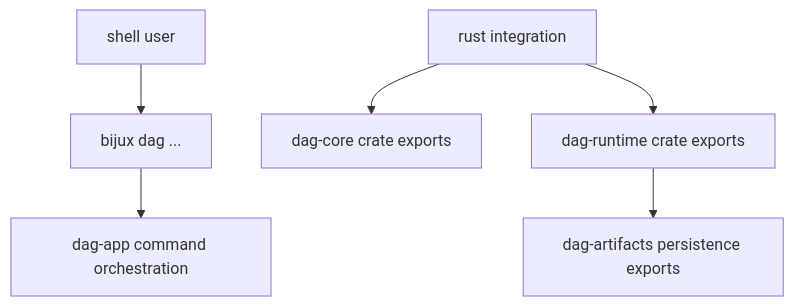
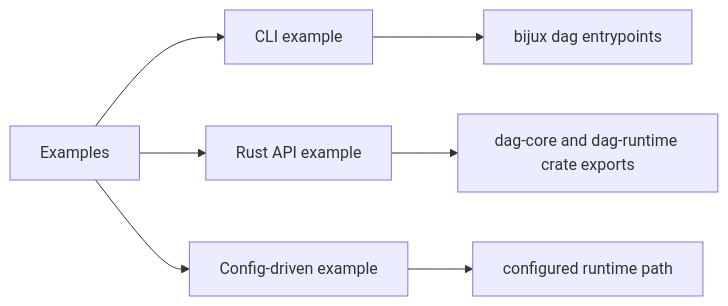
The diagram in docs/bijux-dag/interfaces/entrypoints-and-examples.md (bijux/bijux-cli), drawn with Mermaid before and after one commit.

Commit message:
docs(bijux-dag): remap examples to concrete interface entrypoints

````diff
--- a/docs/bijux-dag/interfaces/entrypoints-and-examples.md
+++ b/docs/bijux-dag/interfaces/entrypoints-and-examples.md
@@ -16,8 +16,10 @@
 ```mermaid
-flowchart TD
-    shell["shell user"] --> cli["bijux dag ..."]
-    cli --> app["dag-app command orchestration"]
-    rust["rust integration"] --> core["dag-core crate exports"]
-    rust --> runtime["dag-runtime crate exports"]
-    runtime --> artifacts["dag-artifacts persistence exports"]
+flowchart LR
+    examples[Examples] --> cli_example[CLI example]
+    examples --> rust_example[Rust API example]
+    examples --> config_example[Config-driven example]
+
+    cli_example --> cli_entry[bijux dag entrypoints]
+    rust_example --> api_entry[dag-core and dag-runtime crate exports]
+    config_example --> runtime_path[configured runtime path]
 ```
````
